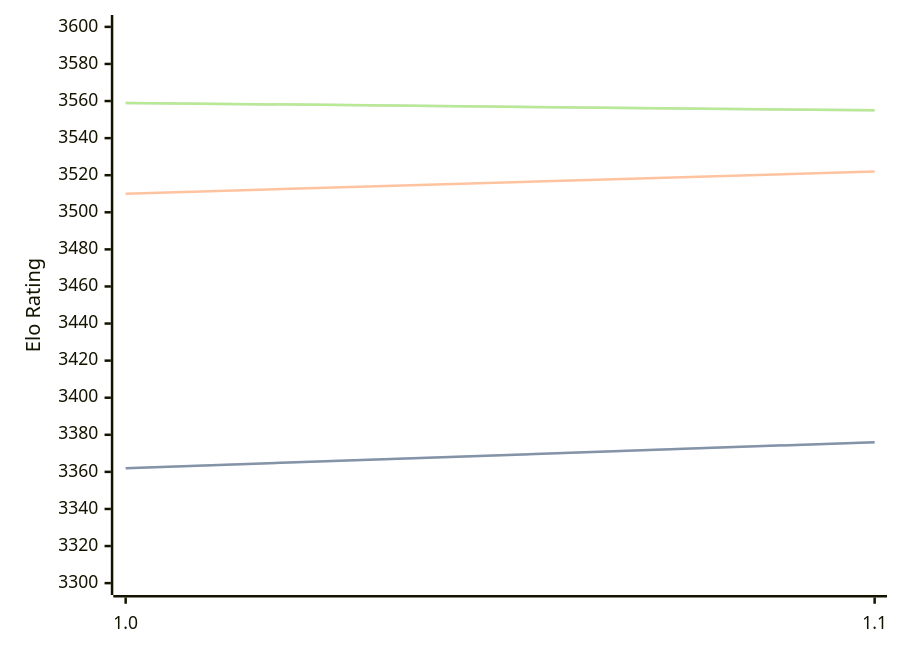
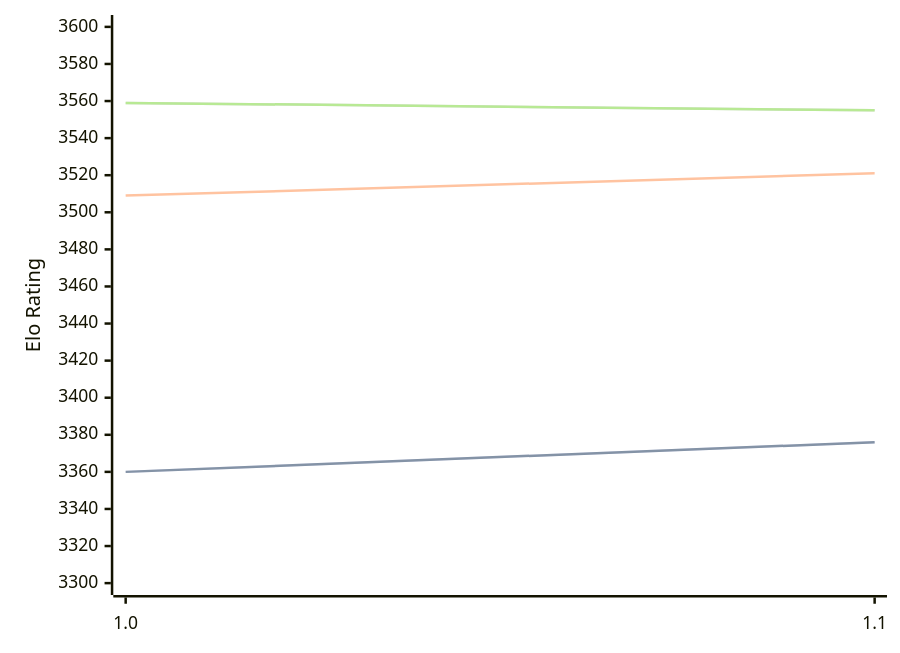
Before and after one commit to computer-chess-index/cci: the diagram in engines/Horsie.md, drawn with Mermaid. The commit also changed other lines of this file, not shown here.

Commit message:
Update CCI Ratings (ELO VLTC) - 2026-03-30

````diff
--- a/engines/Horsie.md
+++ b/engines/Horsie.md
@@ -32,11 +32,11 @@
 ```mermaid
 %%{init: {"theme":"base","themeVariables":{"seriesColors:['#a3a3a3','#222221','#faa371']}}}%%
 xychart-beta
   x-axis ["1.0", "1.1"]
   y-axis "Elo Rating" 3300 --> 3600
-  line "STC (8.0+0.08s)" [3362, 3376]
-  line "STC (8.0+0.08s)" [3362, 3376]
-  line "LTC (60.0+0.60s)" [3510, 3522]
+  line "STC (8.0+0.08s)" [3360, 3376]
+  line "STC (8.0+0.08s)" [3360, 3376]
+  line "LTC (60.0+0.60s)" [3509, 3521]
   line "VLTC (2m24s+1.12s)" [3559, 3555]
   line "VLTC (2m24s+1.12s)" [3559, 3555]
 ```
````
